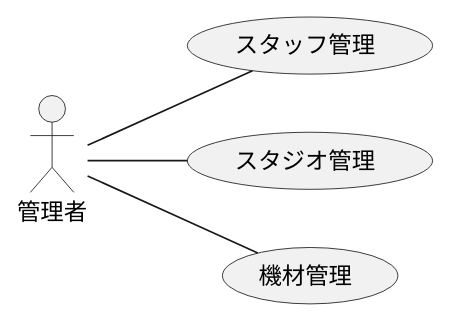
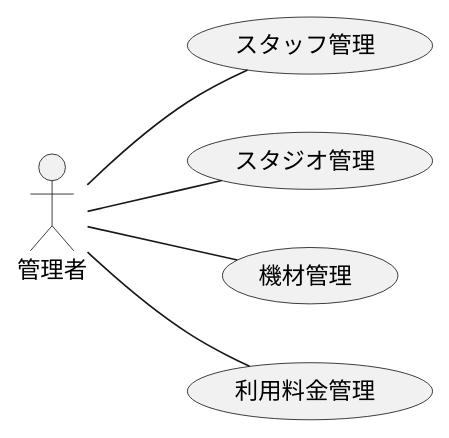
One commit to TakashiOnawa/ddd-practice-studio-reservation changed the diagram in modeling/04_BusinessUsecase_設備管理.pu. Above: the diagram before and after it, drawn with PlantUML. The commit also changed 48 other files, not shown here.

```diff
--- a/modeling/04_BusinessUsecase_設備管理.pu
+++ b/modeling/04_BusinessUsecase_設備管理.pu
@@ -1,11 +1,12 @@
 @startuml BusinessUsecase
 
 left to right direction
 
 actor 管理者
 
 管理者 -- (スタッフ管理)
 管理者 -- (スタジオ管理)
 管理者 -- (機材管理)
+管理者 -- (利用料金管理)
 
 @enduml
```
